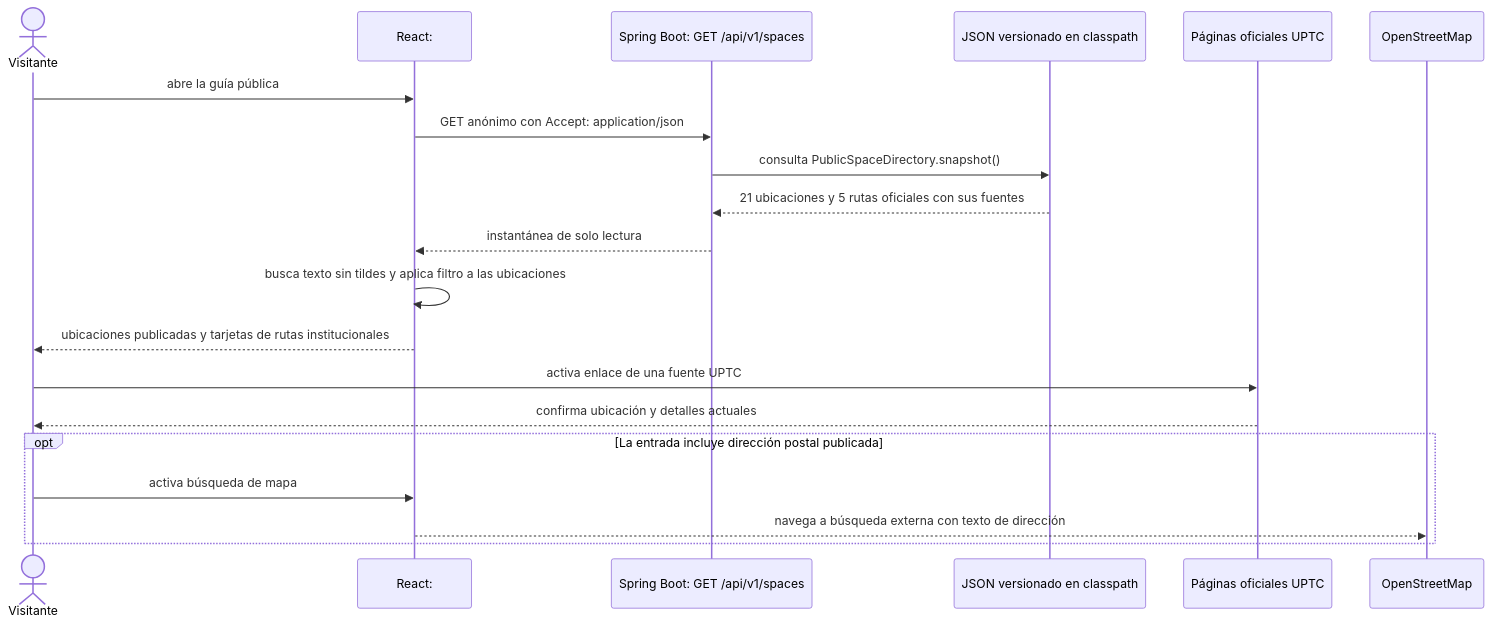
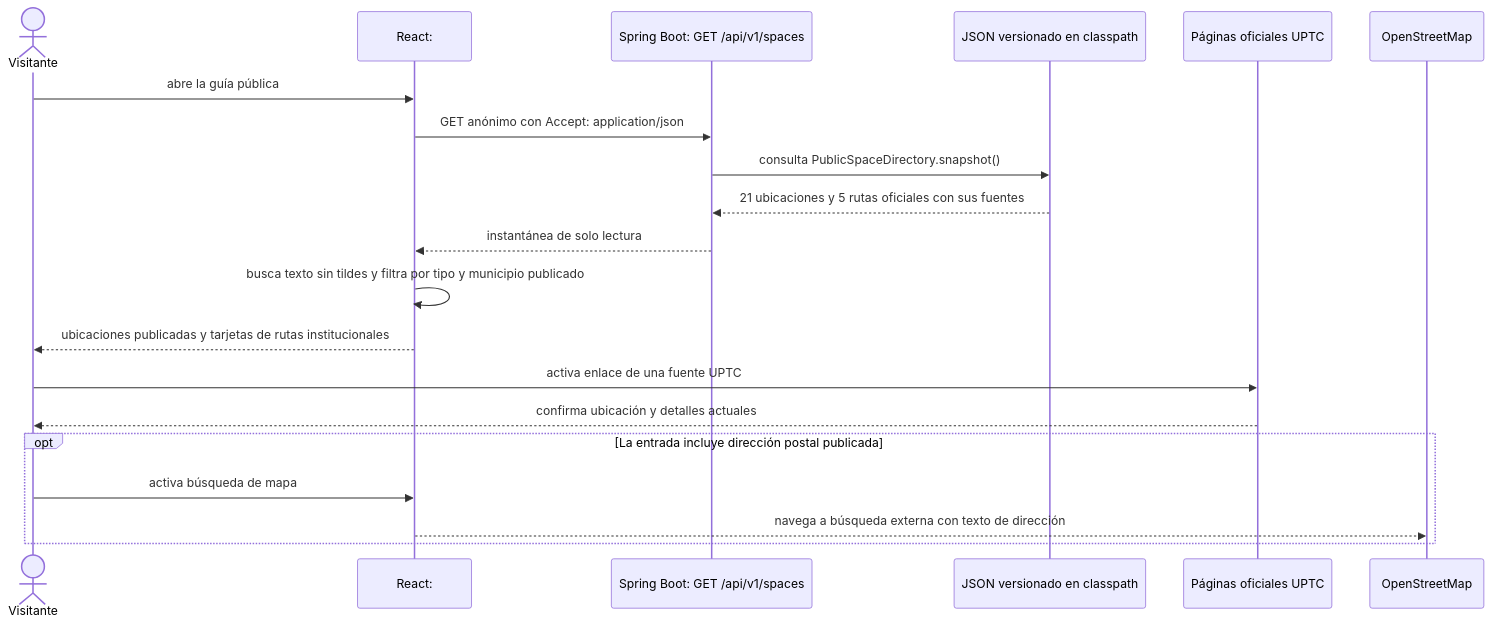
One commit to jdsalasca/open-university-backend changed diagram 30 of 30 in docs/architecture/process-flows.md. Above: the diagram before and after it, drawn with Mermaid. The commit also changed 4 other files, not shown here.

````diff
--- a/docs/architecture/process-flows.md
+++ b/docs/architecture/process-flows.md
@@ -1182,23 +1182,23 @@
 ```mermaid
 sequenceDiagram
   actor Visitor as Visitante
   participant React as React: #espacios
   participant API as Spring Boot: GET /api/v1/spaces
   participant Catalog as JSON versionado en classpath
   participant Source as Páginas oficiales UPTC
   participant OSM as OpenStreetMap
 
   Visitor->>React: abre la guía pública
   React->>API: GET anónimo con Accept: application/json
   API->>Catalog: consulta PublicSpaceDirectory.snapshot()
   Catalog-->>API: 21 ubicaciones y 5 rutas oficiales con sus fuentes
   API-->>React: instantánea de solo lectura
-  React->>React: busca texto sin tildes y aplica filtro a las ubicaciones
+  React->>React: busca texto sin tildes y filtra por tipo y municipio publicado
   React-->>Visitor: ubicaciones publicadas y tarjetas de rutas institucionales
   Visitor->>Source: activa enlace de una fuente UPTC
   Source-->>Visitor: confirma ubicación y detalles actuales
   opt La entrada incluye dirección postal publicada
     Visitor->>React: activa búsqueda de mapa
     React-->>OSM: navega a búsqueda externa con texto de dirección
   end
 ```
````
